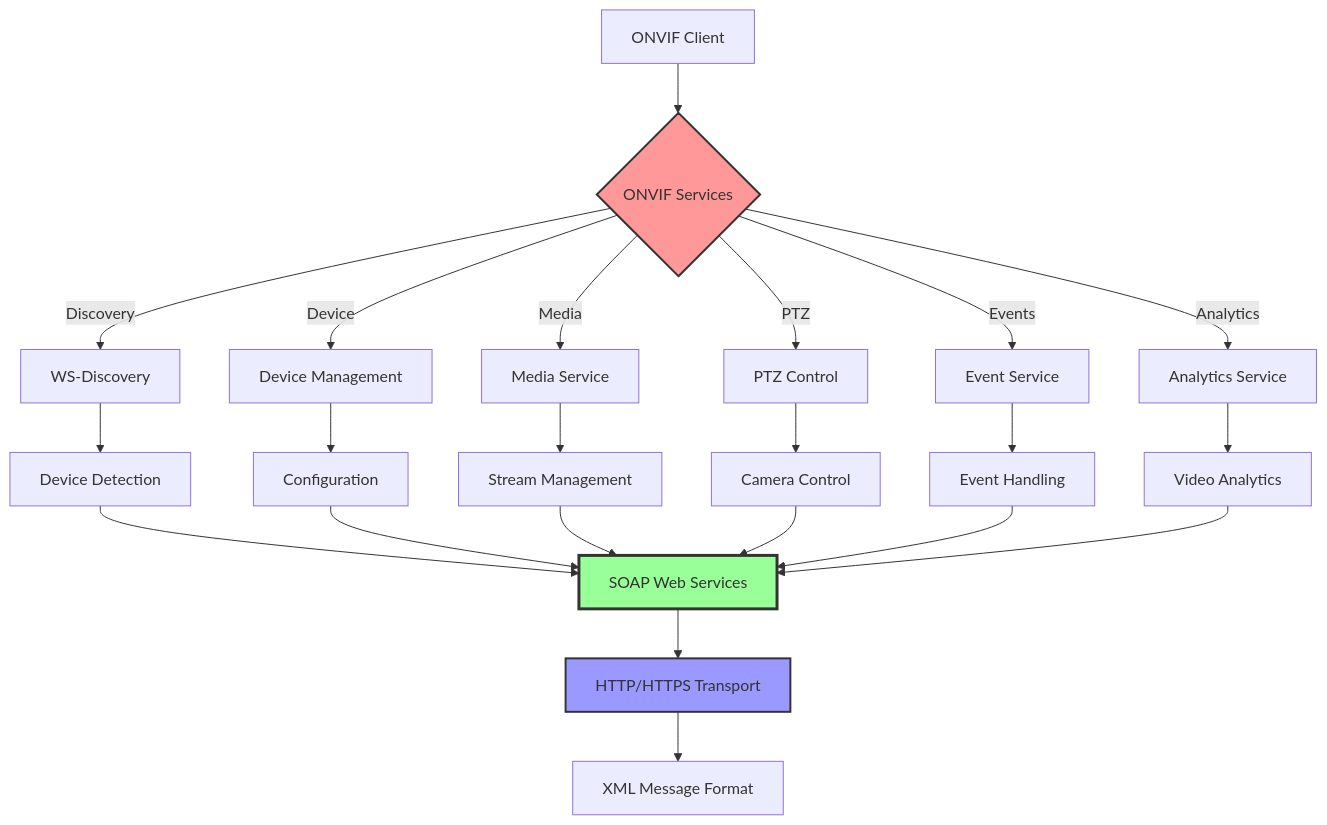
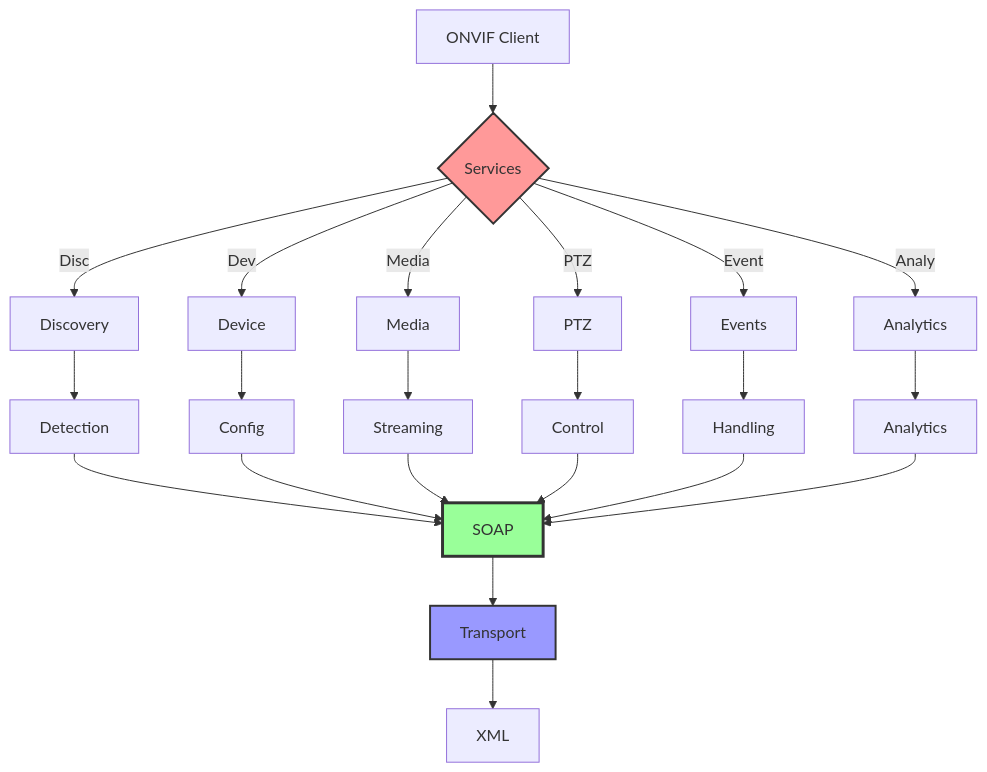
One commit to JayeshKakkad-Rotoclear/Rotoclear-C-Pro-Docs changed the diagram in docs/integration/onvif-protocol.md. Above: the diagram before and after it, drawn with Mermaid. The commit also changed 16 other files, not shown here.

Commit message:
Fix Mermaid diagram text overflow issues - Simplified all node labels to prevent text cutoff - Removed line breaks from node text - Shortened labels while maintaining clarity - Fixed all diagrams to display properly on website

````diff
--- a/docs/integration/onvif-protocol.md
+++ b/docs/integration/onvif-protocol.md
@@ -9,32 +9,32 @@
 ```mermaid
 graph TB
-    A[ONVIF Client] --> B{ONVIF Services}
+    A[ONVIF Client] --> B{Services}
     
-    B -->|Discovery| C[WS-Discovery]
-    B -->|Device| D[Device Management]
-    B -->|Media| E[Media Service]
-    B -->|PTZ| F[PTZ Control]
-    B -->|Events| G[Event Service]
-    B -->|Analytics| H[Analytics Service]
+    B -->|Disc| C[Discovery]
+    B -->|Dev| D[Device]
+    B -->|Media| E[Media]
+    B -->|PTZ| F[PTZ]
+    B -->|Event| G[Events]
+    B -->|Analy| H[Analytics]
     
-    C --> I[Device Detection]
-    D --> J[Configuration]
-    E --> K[Stream Management]
-    F --> L[Camera Control]
-    G --> M[Event Handling]
-    H --> N[Video Analytics]
+    C --> I[Detection]
+    D --> J[Config]
+    E --> K[Streaming]
+    F --> L[Control]
+    G --> M[Handling]
+    H --> N[Analytics]
     
-    I --> O[SOAP Web Services]
+    I --> O[SOAP]
     J --> O
     K --> O
     L --> O
     M --> O
     N --> O
     
-    O --> P[HTTP/HTTPS Transport]
-    P --> Q[XML Message Format]
+    O --> P[Transport]
+    P --> Q[XML]
     
     style B fill:#ff9999,stroke:#333,stroke-width:2px
     style O fill:#99ff99,stroke:#333,stroke-width:3px
     style P fill:#9999ff,stroke:#333,stroke-width:2px
 ```
````
